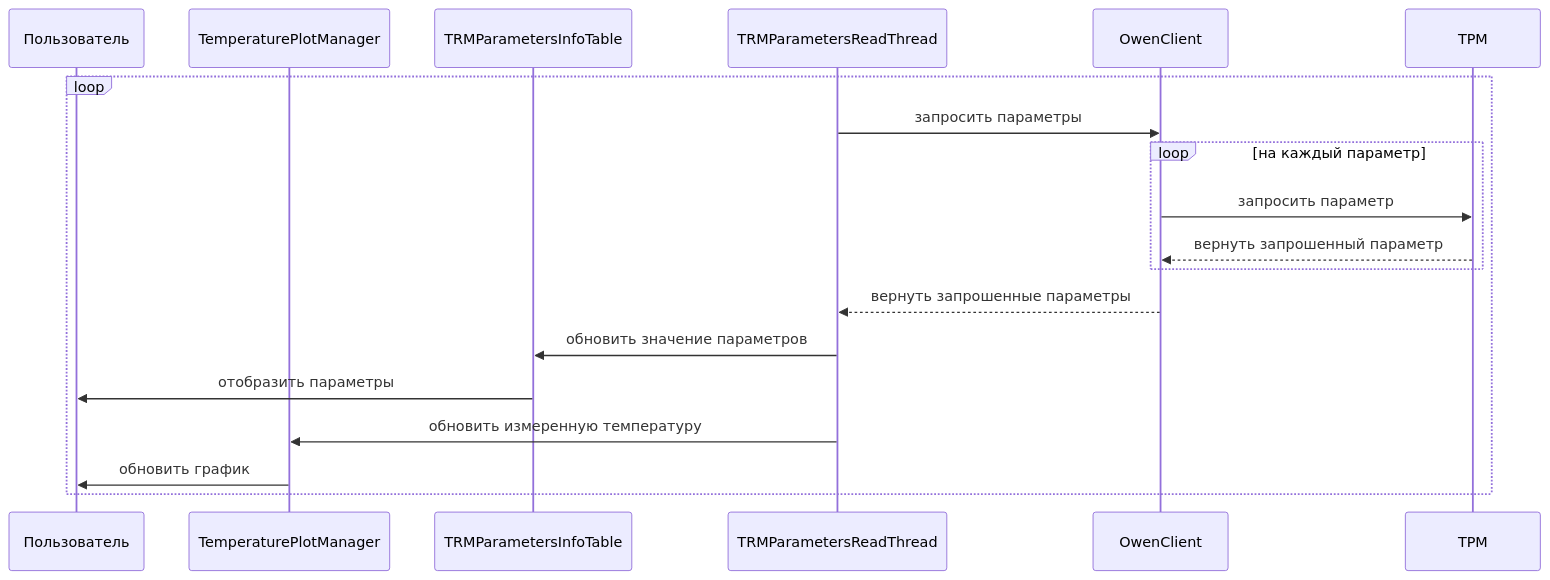
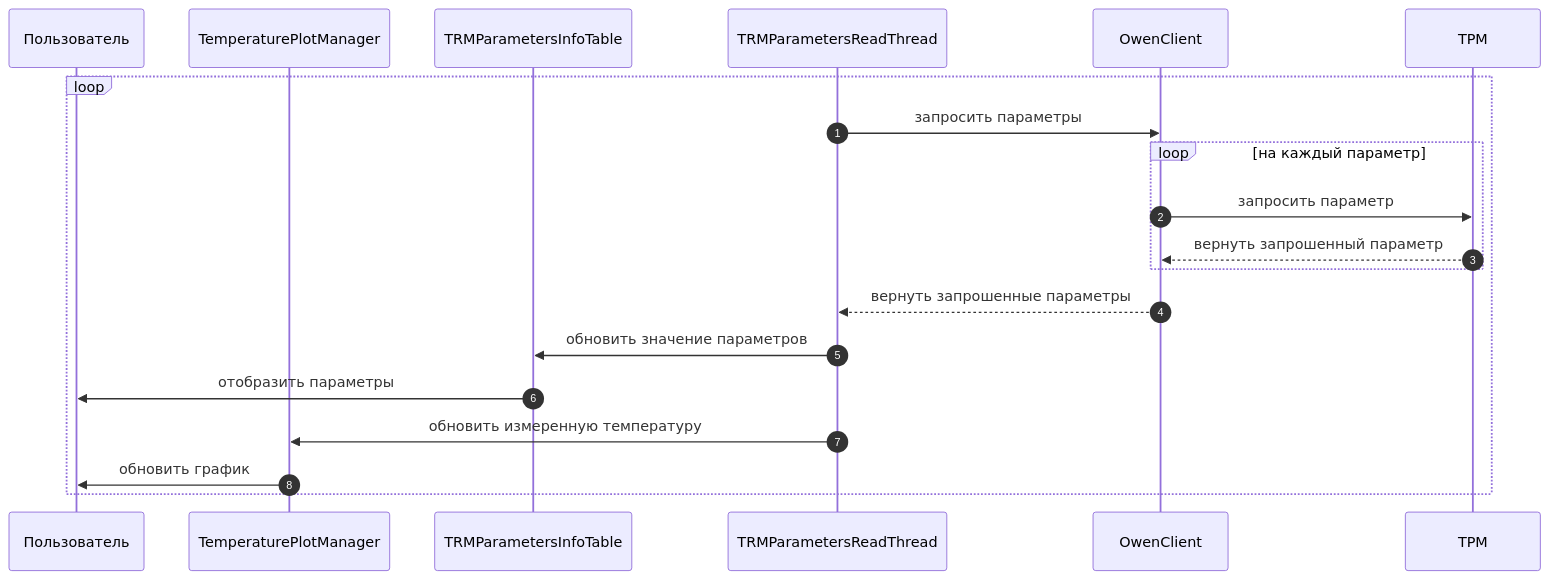
One commit to Marik28/dissertation changed the second of 3 diagrams in data/diagrams/диаграммы последовательностей.md. Above: the diagram before and after it, drawn with Mermaid. The commit also changed other lines of this file and 1 other file, not shown here.

Commit message:
change diagrams

````diff
--- a/data/diagrams/диаграммы последовательностей.md
+++ b/data/diagrams/диаграммы последовательностей.md
@@ -29,22 +29,23 @@
 ```mermaid
 sequenceDiagram
+    autonumber
     participant Пользователь
     participant TemperaturePlotManager
     participant TRMParametersInfoTable
     participant TRMParametersReadThread
     participant OwenClient
     participant ТРМ
 
     loop
         TRMParametersReadThread ->> OwenClient : запросить параметры
     loop на каждый параметр
         OwenClient ->> ТРМ : запросить параметр
         ТРМ -->> OwenClient : вернуть запрошенный параметр
     end
     OwenClient -->> TRMParametersReadThread : вернуть запрошенные параметры
     TRMParametersReadThread ->> TRMParametersInfoTable : обновить значение параметров
     TRMParametersInfoTable ->> Пользователь : отобразить параметры
     TRMParametersReadThread ->> TemperaturePlotManager : обновить измеренную температуру  
     TemperaturePlotManager ->> Пользователь : обновить график
     end
 ```
````
